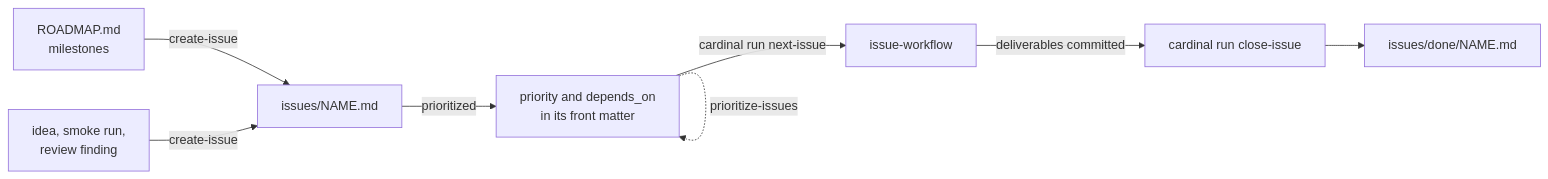
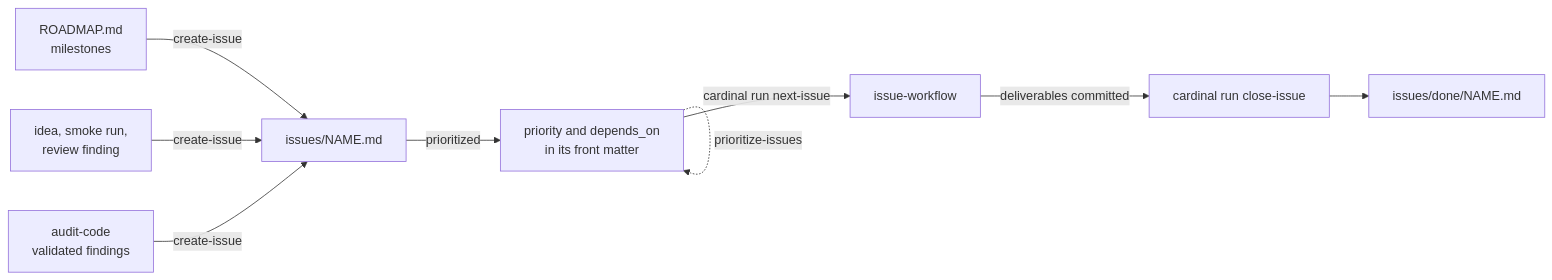
The first of 3 diagrams in docs/workflow.md (Electron-libre/cardinal), drawn with Mermaid before and after one commit. The commit also changed other lines of this file and 6 other files, not shown here.

First line of the commit message:
feat(files): audit the code of a repository with skill audit-code

````diff
--- a/docs/workflow.md
+++ b/docs/workflow.md
@@ -8,10 +8,11 @@
 ```mermaid
 flowchart LR
   roadmap["ROADMAP.md<br/>milestones"] -->|create-issue| file["issues/NAME.md"]
   idea["idea, smoke run,<br/>review finding"] -->|create-issue| file
+  audit["audit-code<br/>validated findings"] -->|create-issue| file
   file -->|prioritized| queue["priority and depends_on<br/>in its front matter"]
   queue -.->|prioritize-issues| queue
   queue -->|cardinal run next-issue| work["issue-workflow"]
   work -->|deliverables committed| close["cardinal run close-issue"]
   close --> done["issues/done/NAME.md"]
 ```
````
